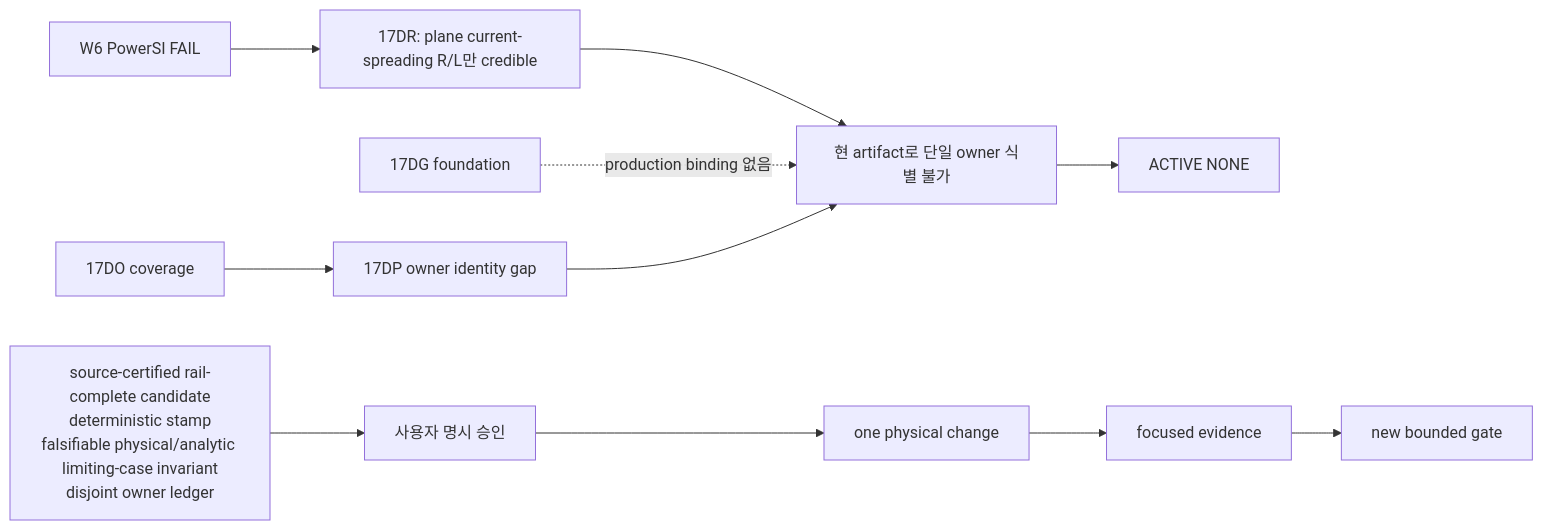
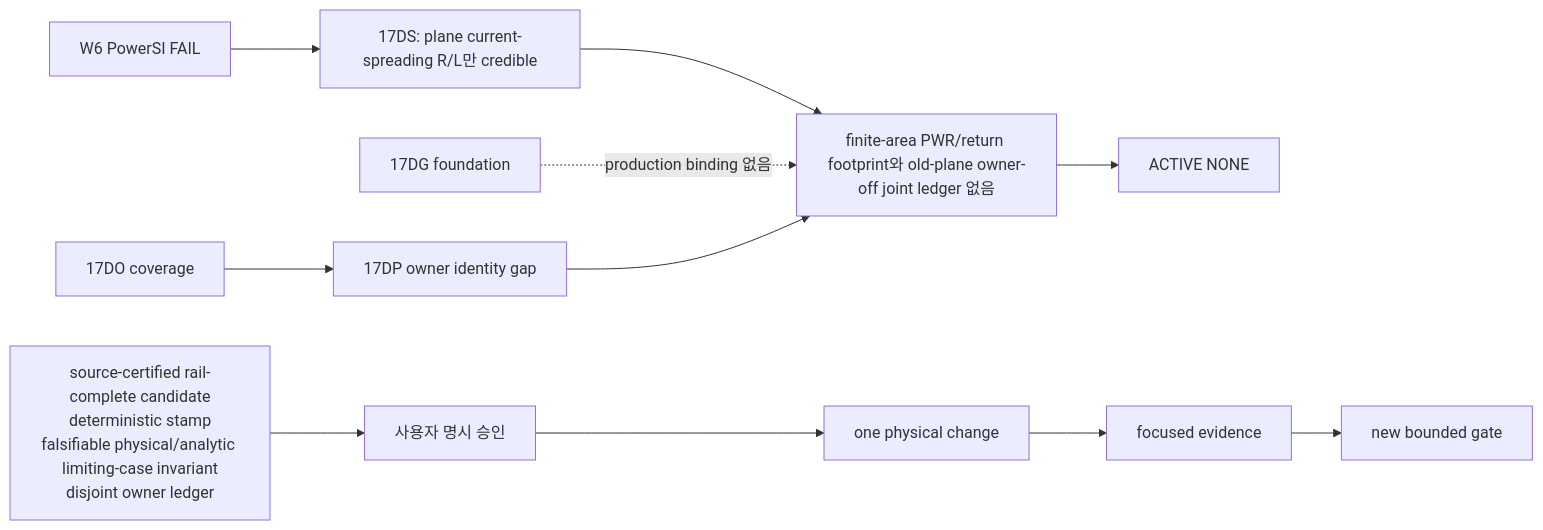
The diagram in docs/WORK_EXECUTION_BASELINE.md (yunhyok/spd-decap-pi-evaluator), drawn with Mermaid before and after one commit. The commit also changed other lines of this file and 1 other file, not shown here.

````diff
--- a/docs/WORK_EXECUTION_BASELINE.md
+++ b/docs/WORK_EXECUTION_BASELINE.md
@@ -515,13 +524,13 @@
 ```mermaid
 flowchart LR
-  A[W6 PowerSI FAIL] --> B[17DR: plane current-spreading R/L만 credible]
-  B --> C[현 artifact로 단일 owner 식별 불가]
+  A[W6 PowerSI FAIL] --> B[17DS: plane current-spreading R/L만 credible]
+  B --> C[finite-area PWR/return footprint와 old-plane owner-off joint ledger 없음]
   D[17DG foundation] -. production binding 없음 .-> C
   E[17DO coverage] --> F[17DP owner identity gap]
   F --> C
   C --> G[ACTIVE NONE]
   H[source-certified rail-complete candidate<br/>deterministic stamp<br/>falsifiable physical/analytic limiting-case invariant<br/>disjoint owner ledger] --> I[사용자 명시 승인]
   I --> J[one physical change]
   J --> K[focused evidence]
   K --> L[new bounded gate]
 ```
````
